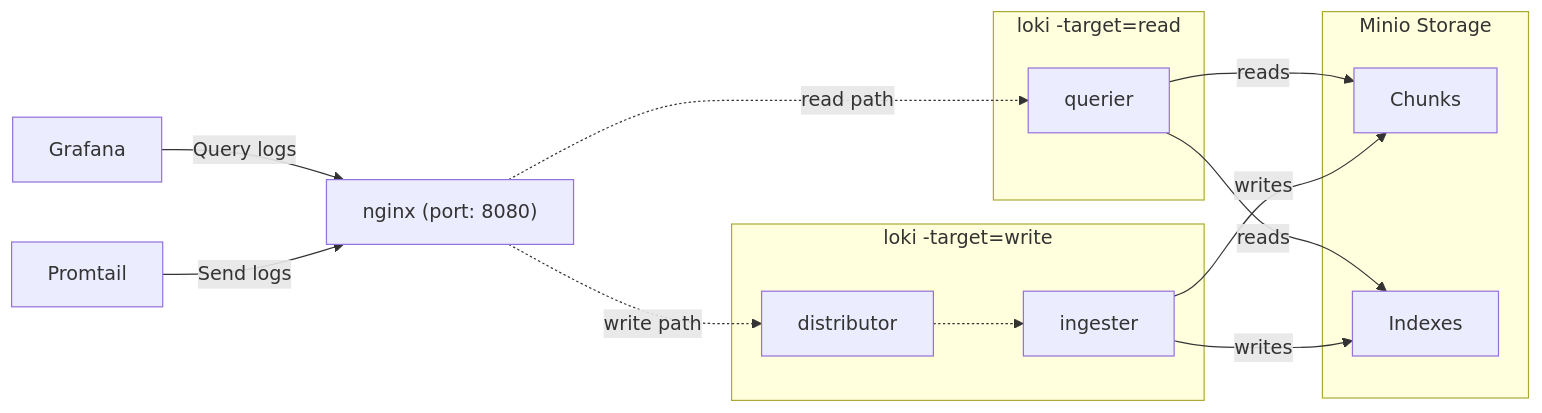
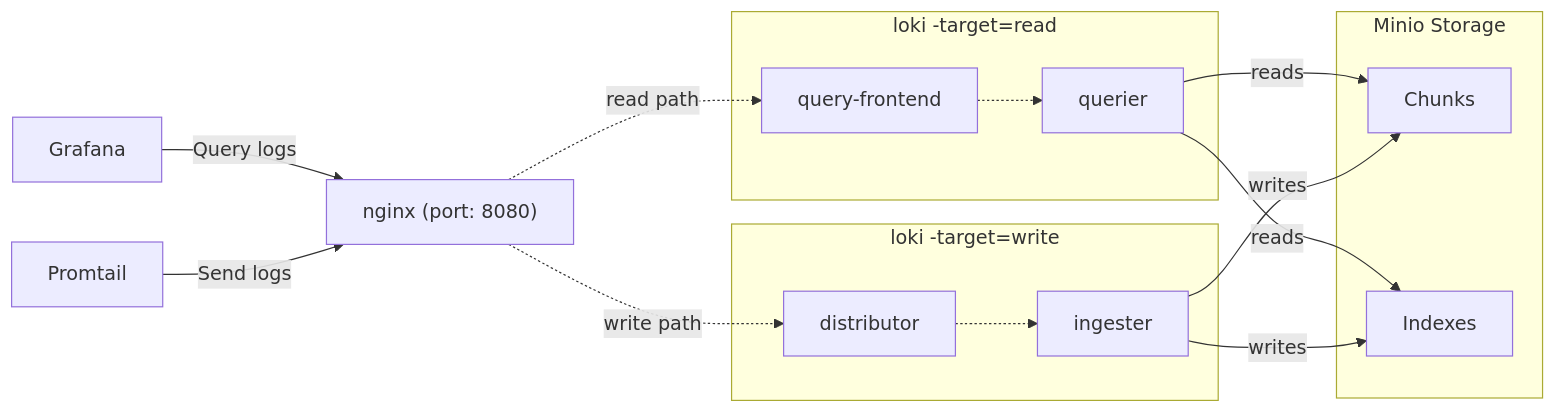
Before and after one commit to grafana/loki: the diagram in production/docker/README.md, drawn with Mermaid.

Commit message:
Updating graph to reflect accurately

````diff
--- a/production/docker/README.md
+++ b/production/docker/README.md
@@ -21,25 +21,28 @@
 ```mermaid
 graph LR
     Grafana --> |Query logs| nginx["nginx (port: 8080)"]
     Promtail -->|Send logs| nginx
 
-    nginx -.-> |read path| Querier
+    nginx -.-> |read path| QueryFrontend
     nginx -.-> |write path| Distributor
 
     subgraph LokiRead["loki -target=read"]
+        QueryFrontend["query-frontend"]
         Querier["querier"]
+
+        QueryFrontend -.-> Querier
     end
 
     subgraph Minio["Minio Storage"]
         Chunks
         Indexes
     end
 
     subgraph LokiWrite["loki -target=write"]
         Distributor["distributor"] -.-> Ingester["ingester"]
         Ingester
     end
 
     Querier --> |reads| Chunks & Indexes
     Ingester --> |writes| Chunks & Indexes
 ```
````
